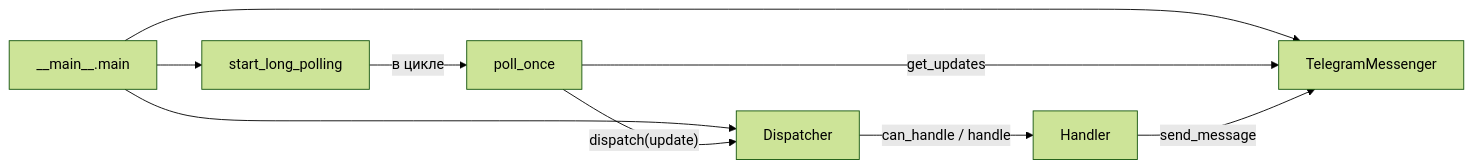
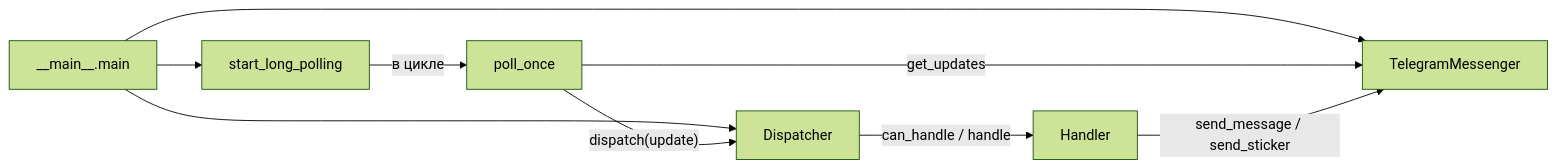
Before and after one commit to olegsklyarov/unn-2026-sklyarov: the diagram in README.md, drawn with Mermaid (forest theme). The commit also changed other lines of this file and 7 other files, not shown here.

Commit message:
Add sticker echo handler and Dispatcher routing and chain tests.

````diff
--- a/README.md
+++ b/README.md
@@ -9,11 +9,11 @@
 ```mermaid
 flowchart LR
     main["__main__.main"] --> TelegramMessenger
     main --> Dispatcher
     main --> start_long_polling
     start_long_polling -->|"в цикле"| poll_once
     poll_once -->|"get_updates"| TelegramMessenger
     poll_once -->|"dispatch(update)"| Dispatcher
     Dispatcher -->|"can_handle / handle"| Handler
-    Handler -->|"send_message"| TelegramMessenger
+    Handler -->|"send_message / send_sticker"| TelegramMessenger
 ```
````
